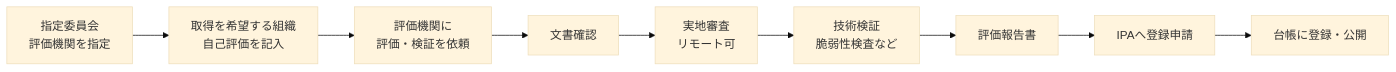
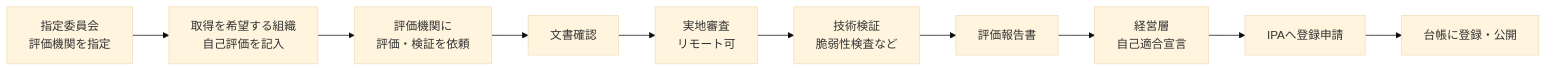
Before and after one commit to myoshi2891/Security_Studies: the fifth of 14 diagrams in Scs-evaluation-threat-analysis-guide.md, drawn with Mermaid (base theme). The commit also changed other lines of this file, not shown here.

First line of the commit message:
docs(scs): align scope, criteria, flow and plan with IPA sources

````diff
--- a/Scs-evaluation-threat-analysis-guide.md
+++ b/Scs-evaluation-threat-analysis-guide.md
@@ -202,11 +202,12 @@
 ```mermaid
 flowchart LR
     A["指定委員会<br/>評価機関を指定"] --> B["取得を希望する組織<br/>自己評価を記入"]
     B --> C["評価機関に<br/>評価・検証を依頼"]
     C --> D["文書確認"]
     D --> E["実地審査<br/>リモート可"]
     E --> F["技術検証<br/>脆弱性検査など"]
     F --> G["評価報告書"]
-    G --> H["IPAへ登録申請"]
+    G --> G2["経営層<br/>自己適合宣言"]
+    G2 --> H["IPAへ登録申請"]
     H --> I["台帳に登録・公開"]
 ```
````
